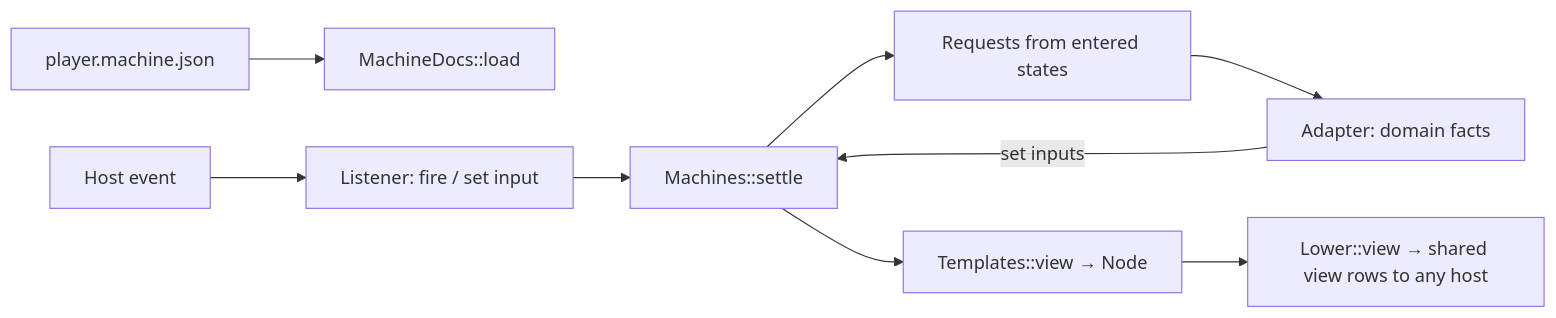
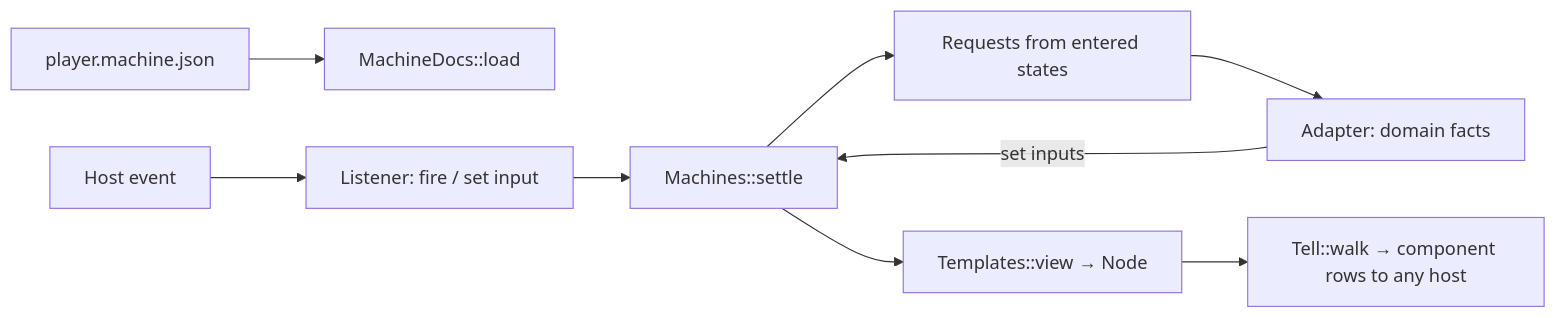
One commit to Nimblesite/osprey changed the diagram in docs/specs/platforms/UiMachines.md. Above: the diagram before and after it, drawn with Mermaid. The commit also changed other lines of this file and 6 other files, not shown here.

Commit message:
native: delete Lower and LowerLeaves — components cross as told rows, so nothing lowers them; the GPUI coverage test reads Told's exhaustive match

````diff
--- a/docs/specs/platforms/UiMachines.md
+++ b/docs/specs/platforms/UiMachines.md
@@ -7,11 +7,11 @@
 ```mermaid
 flowchart LR
     D[player.machine.json] --> M[MachineDocs::load]
     H[Host event] --> L[Listener: fire / set input]
     L --> S[Machines::settle]
     A[Adapter: domain facts] -->|set inputs| S
     S --> R[Requests from entered states]
     R --> A
     S --> V["Templates::view → Node"]
-    V --> P["Lower::view → shared view rows to any host"]
+    V --> P["Tell::walk → component rows to any host"]
 ```
````
